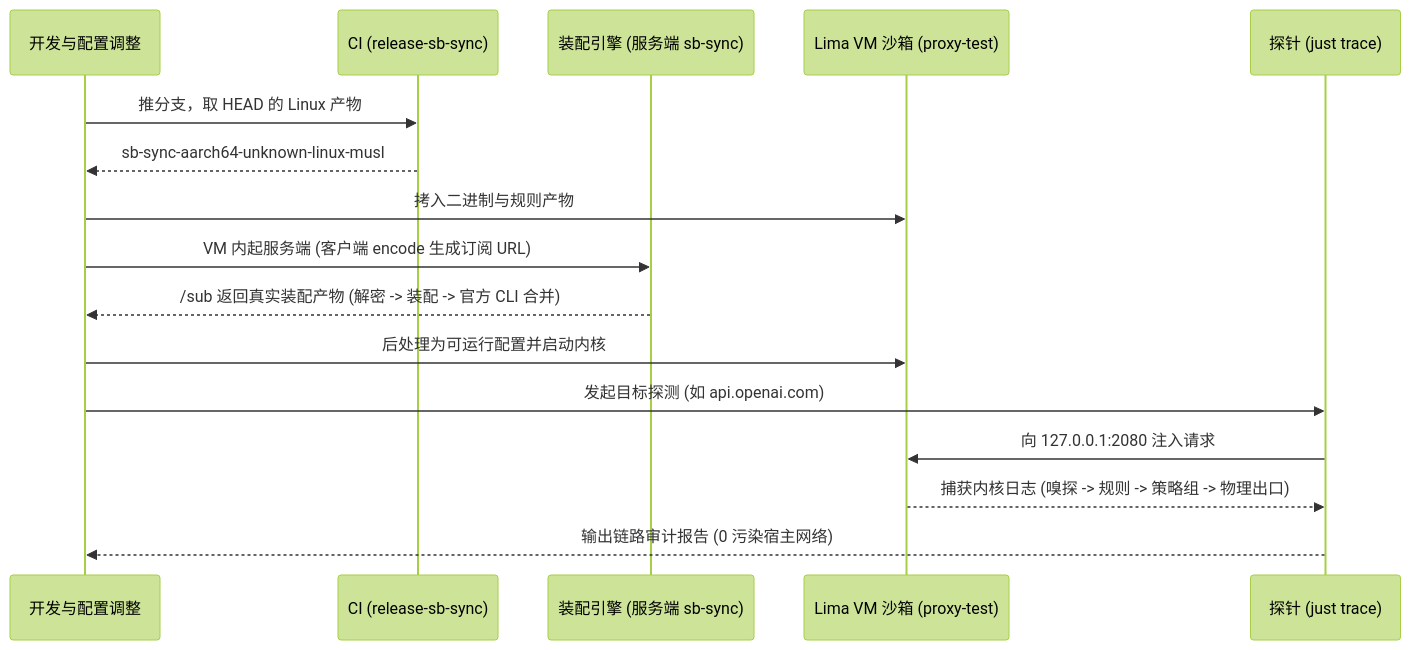
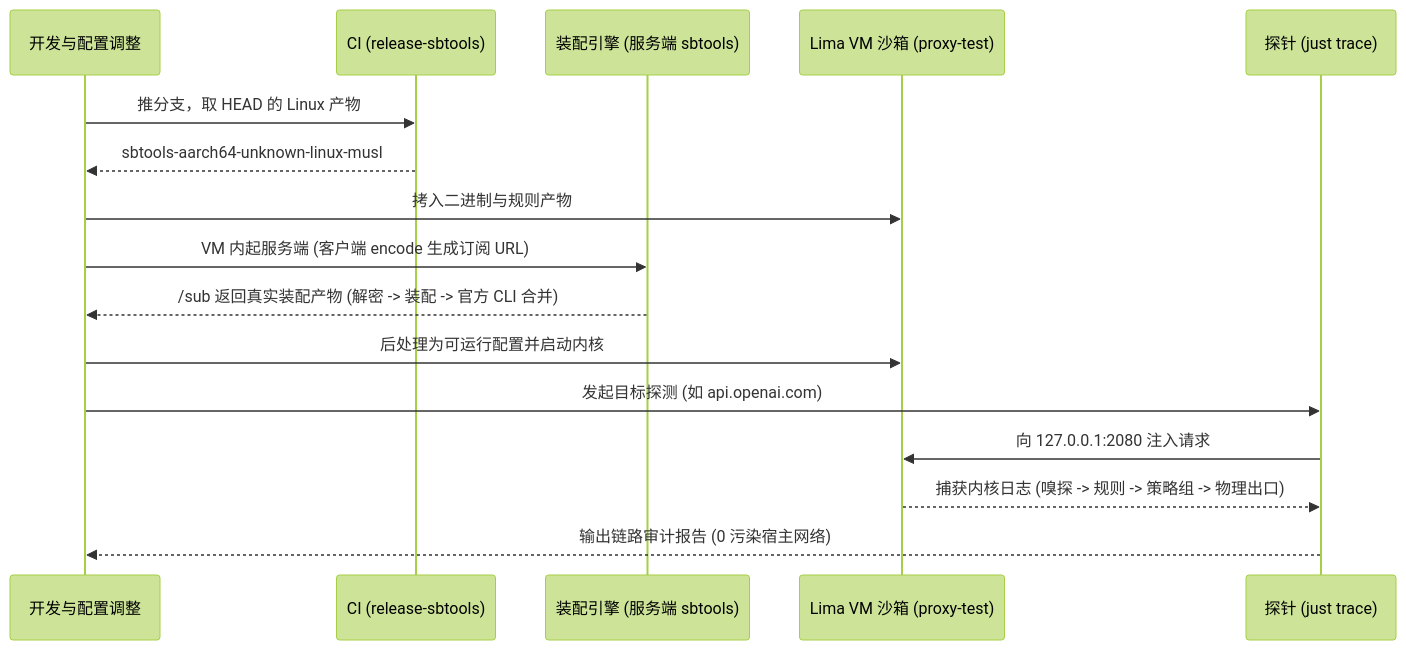
Before and after one commit to shelken/proxy: the third of 3 diagrams in docs/ARCH.md, drawn with Mermaid (forest theme). The commit also changed other lines of this file and 8 other files, not shown here.

````diff
--- a/docs/ARCH.md
+++ b/docs/ARCH.md
@@ -84,19 +84,19 @@
 ```mermaid
 sequenceDiagram
     participant Dev as 开发与配置调整
-    participant CI as CI (release-sb-sync)
-    participant ASM as 装配引擎 (服务端 sb-sync)
+    participant CI as CI (release-sbtools)
+    participant ASM as 装配引擎 (服务端 sbtools)
     participant VM as Lima VM 沙箱 (proxy-test)
     participant Probe as 探针 (just trace)
 
     Dev->>CI: 推分支，取 HEAD 的 Linux 产物
-    CI-->>Dev: sb-sync-aarch64-unknown-linux-musl
+    CI-->>Dev: sbtools-aarch64-unknown-linux-musl
     Dev->>VM: 拷入二进制与规则产物
     Dev->>ASM: VM 内起服务端 (客户端 encode 生成订阅 URL)
     ASM-->>Dev: /sub 返回真实装配产物 (解密 -> 装配 -> 官方 CLI 合并)
     Dev->>VM: 后处理为可运行配置并启动内核
     Dev->>Probe: 发起目标探测 (如 api.openai.com)
     Probe->>VM: 向 127.0.0.1:2080 注入请求
     VM-->>Probe: 捕获内核日志 (嗅探 -> 规则 -> 策略组 -> 物理出口)
     Probe-->>Dev: 输出链路审计报告 (0 污染宿主网络)
 ```
````
